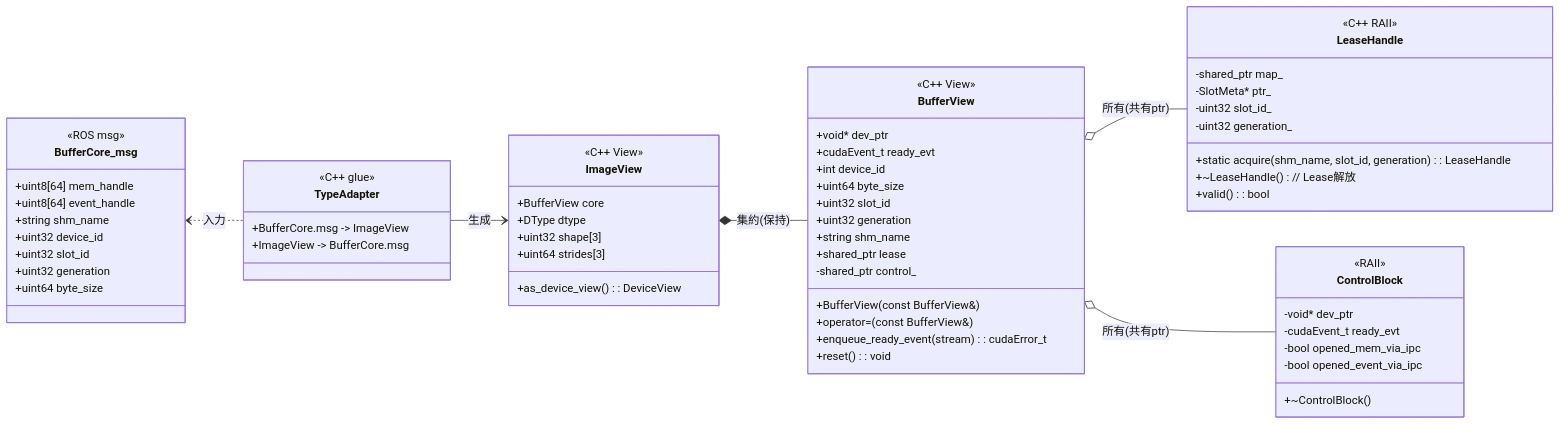
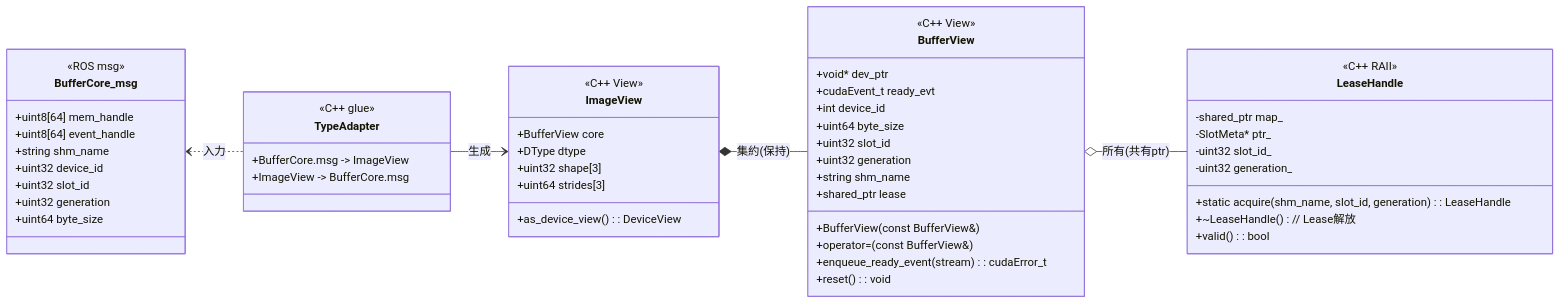
Before and after one commit to dskkato/ros2_cuda_ipc: the first of 2 diagrams in doc/lease_handle.md, drawn with Mermaid. The commit also changed other lines of this file and 1 other file, not shown here.

Commit message:
Update message types in design documentation to reflect correct package names and enhance clarity

````diff
--- a/doc/lease_handle.md
+++ b/doc/lease_handle.md
@@ -327,73 +327,62 @@
 ```mermaid
 classDiagram
   direction LR
 
   class BufferCore_msg {
     <<ROS msg>>
     +uint8[64] mem_handle
     +uint8[64] event_handle
     +string    shm_name
     +uint32    device_id
     +uint32    slot_id
     +uint32    generation
     +uint64    byte_size
   }
 
   class LeaseHandle {
     <<C++ RAII>>
     -shared_ptr<Mapping> map_
     -SlotMeta* ptr_
     -uint32 slot_id_
     -uint32 generation_
     +static acquire(shm_name, slot_id, generation) : LeaseHandle
     +~LeaseHandle()  // Lease解放
     +valid() : bool
   }
 
   class BufferView {
     <<C++ View>>
     +void*       dev_ptr
     +cudaEvent_t ready_evt
     +int         device_id
     +uint64      byte_size
     +uint32      slot_id
     +uint32      generation
     +string      shm_name
     +shared_ptr<LeaseHandle> lease
     +BufferView(const BufferView&)
     +operator=(const BufferView&)
     +enqueue_ready_event(stream) : cudaError_t
     +reset() : void
-    -shared_ptr<ControlBlock> control_
   }
 
   class ImageView {
     <<C++ View>>
     +BufferView core
     +DType dtype
     +uint32 shape[3]
     +uint64 strides[3]
     +as_device_view() : DeviceView
   }
 
   class TypeAdapter {
     <<C++ glue>>
     +BufferCore.msg -> ImageView
     +ImageView -> BufferCore.msg
   }
 
-  class ControlBlock {
-    <<RAII>>
-    -void* dev_ptr
-    -cudaEvent_t ready_evt
-    -bool opened_mem_via_ipc
-    -bool opened_event_via_ipc
-    +~ControlBlock()
-  }
-
   BufferCore_msg <.. TypeAdapter : 入力
   TypeAdapter --> ImageView : 生成
   ImageView *-- BufferView : 集約(保持)
   BufferView o-- LeaseHandle : 所有(共有ptr)
-  BufferView o-- ControlBlock : 所有(共有ptr)
 ```
````
